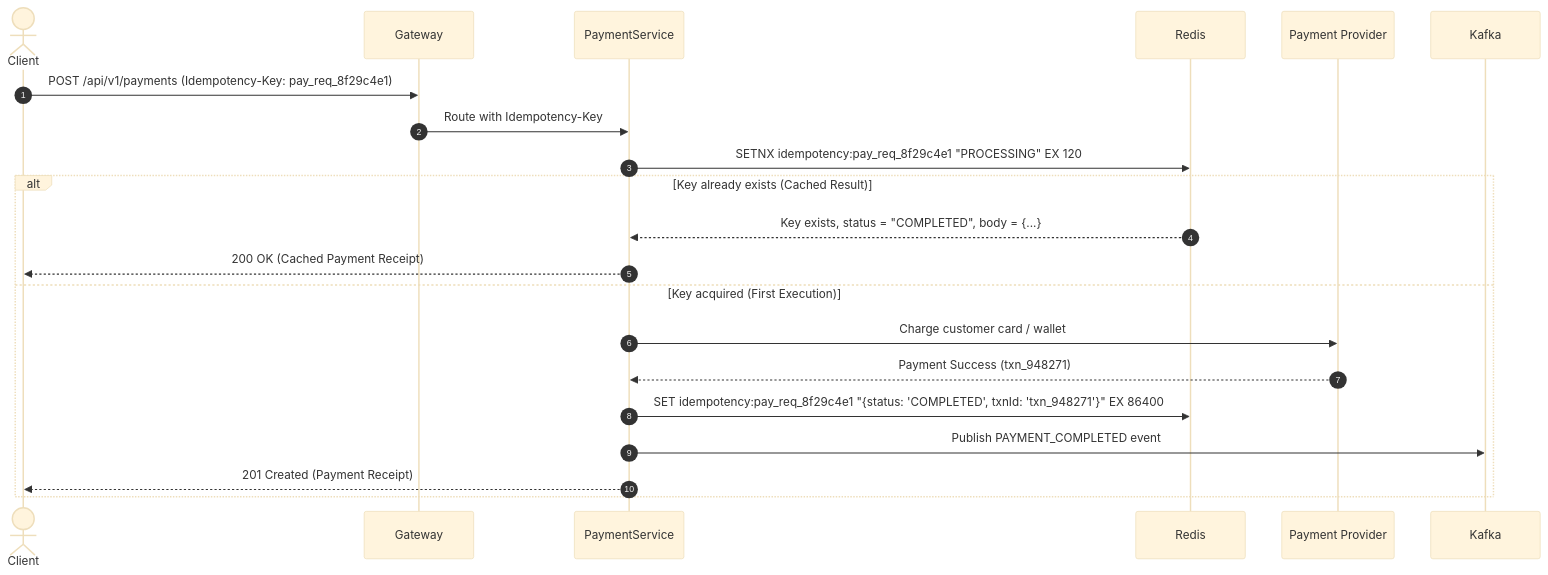
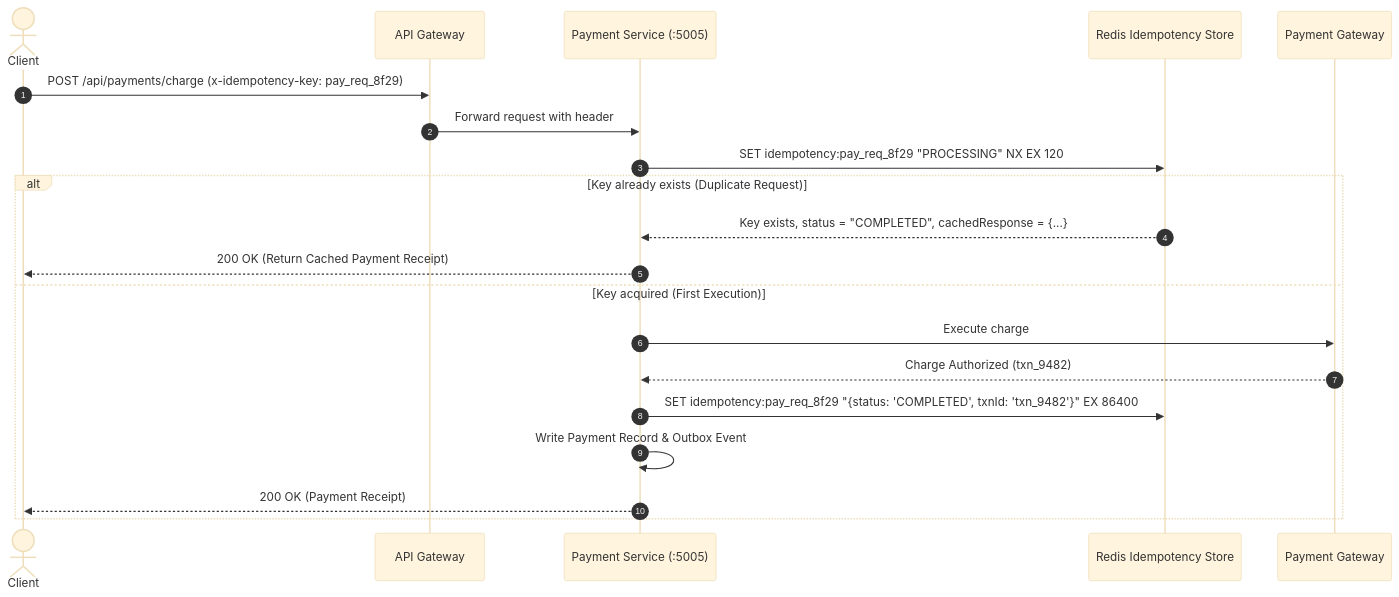
Before and after one commit to Next-Gen-Coder-2007/E-Commerce: the fourth of 6 diagrams in README.md, drawn with Mermaid (base theme). The commit also changed other lines of this file and 5 other files, not shown here.

````diff
--- a/README.md
+++ b/README.md
@@ -278,25 +229,23 @@
 ```mermaid
 sequenceDiagram
     autonumber
     actor Client
-    participant Gateway
-    participant PaymentService
-    participant Redis
-    participant StripeGateway as Payment Provider
-    participant Kafka
+    participant Gateway as API Gateway
+    participant Payment as Payment Service (:5005)
+    participant Redis as Redis Idempotency Store
+    participant Stripe as Payment Gateway
 
-    Client->>Gateway: POST /api/v1/payments (Idempotency-Key: pay_req_8f29c4e1)
-    Gateway->>PaymentService: Route with Idempotency-Key
-    PaymentService->>Redis: SETNX idempotency:pay_req_8f29c4e1 "PROCESSING" EX 120
-    
-    alt Key already exists (Cached Result)
-        Redis-->>PaymentService: Key exists, status = "COMPLETED", body = {...}
-        PaymentService-->>Client: 200 OK (Cached Payment Receipt)
+    Client->>Gateway: POST /api/payments/charge (x-idempotency-key: pay_req_8f29)
+    Gateway->>Payment: Forward request with header
+    Payment->>Redis: SET idempotency:pay_req_8f29 "PROCESSING" NX EX 120
+    alt Key already exists (Duplicate Request)
+        Redis-->>Payment: Key exists, status = "COMPLETED", cachedResponse = {...}
+        Payment-->>Client: 200 OK (Return Cached Payment Receipt)
     else Key acquired (First Execution)
-        PaymentService->>StripeGateway: Charge customer card / wallet
-        StripeGateway-->>PaymentService: Payment Success (txn_948271)
-        PaymentService->>Redis: SET idempotency:pay_req_8f29c4e1 "{status: 'COMPLETED', txnId: 'txn_948271'}" EX 86400
-        PaymentService->>Kafka: Publish PAYMENT_COMPLETED event
-        PaymentService-->>Client: 201 Created (Payment Receipt)
+        Payment->>Stripe: Execute charge
+        Stripe-->>Payment: Charge Authorized (txn_9482)
+        Payment->>Redis: SET idempotency:pay_req_8f29 "{status: 'COMPLETED', txnId: 'txn_9482'}" EX 86400
+        Payment->>Payment: Write Payment Record & Outbox Event
+        Payment-->>Client: 200 OK (Payment Receipt)
     end
 ```
````
